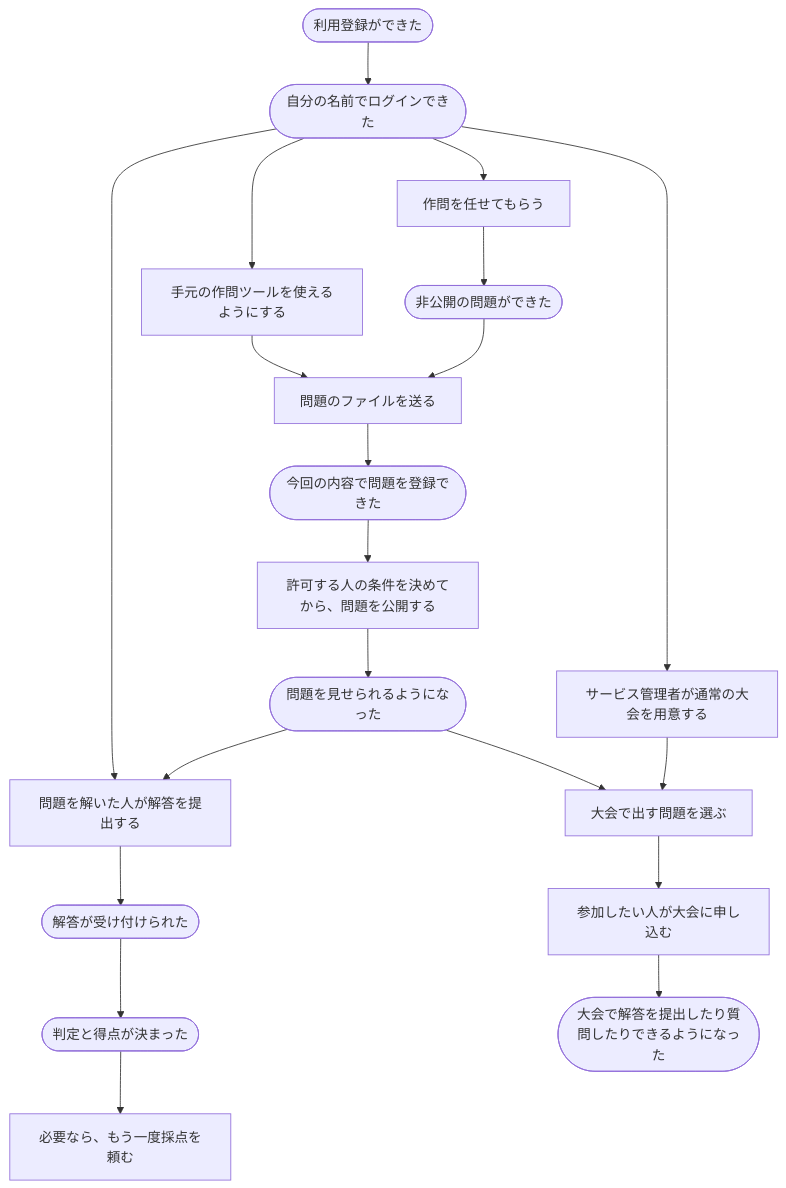
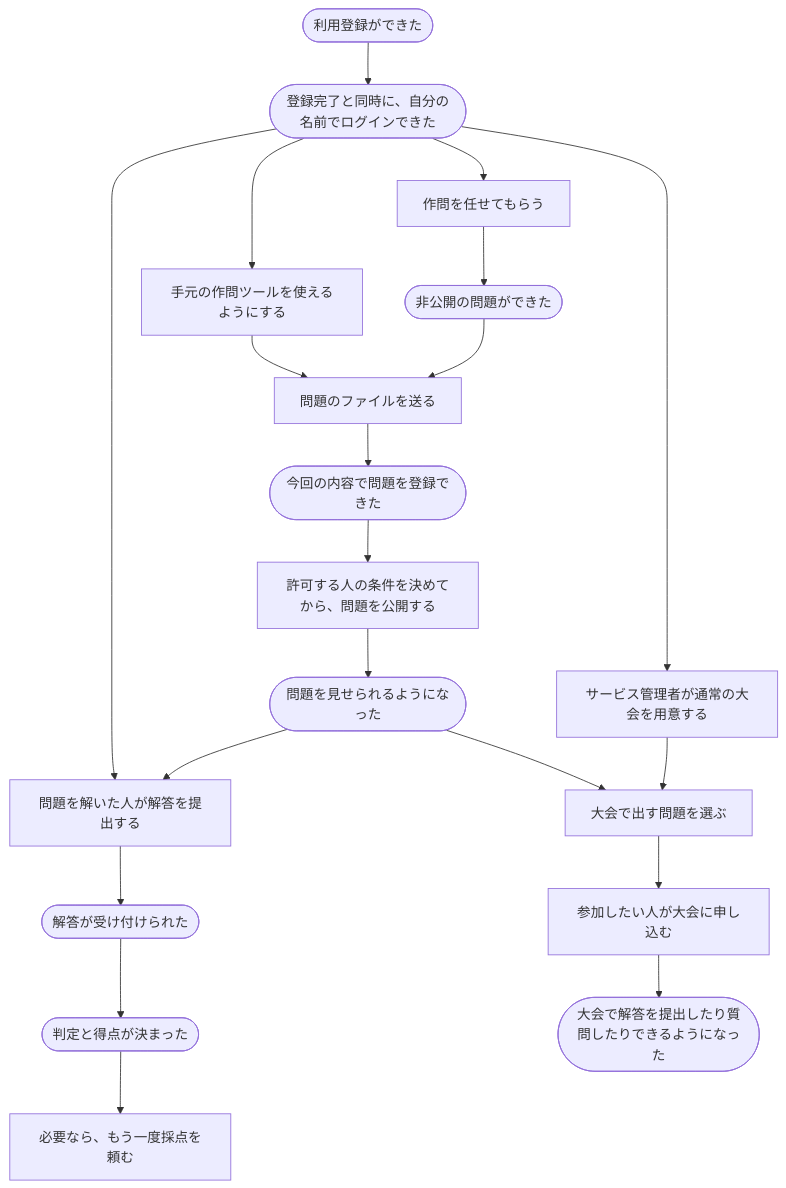
The diagram in docs/requirements/mutation-scenarios.md (traP-jp/traOJudge), drawn with Mermaid before and after one commit. The commit also changed other lines of this file and 36 other files, not shown here.

First line of the commit message:
feat(authentication): Update email change and registration flows

````diff
--- a/docs/requirements/mutation-scenarios.md
+++ b/docs/requirements/mutation-scenarios.md
@@ -13,22 +13,22 @@
 ```mermaid
 flowchart TD
-    A(["利用登録ができた"]) --> B(["自分の名前でログインできた"])
+    A(["利用登録ができた"]) --> B(["登録完了と同時に、自分の名前でログインできた"])
     B --> C["作問を任せてもらう"]
     C --> D(["非公開の問題ができた"])
     B --> T["手元の作問ツールを使えるようにする"]
     D --> E["問題のファイルを送る"]
     T --> E
     E --> F(["今回の内容で問題を登録できた"])
     F --> G["許可する人の条件を決めてから、問題を公開する"]
     G --> H(["問題を見せられるようになった"])
     H --> I["問題を解いた人が解答を提出する"]
     B --> I
     I --> J(["解答が受け付けられた"])
     J --> K(["判定と得点が決まった"])
     K --> L["必要なら、もう一度採点を頼む"]
     B --> M["サービス管理者が通常の大会を用意する"]
     M --> N["大会で出す問題を選ぶ"]
     H --> N
     N --> O["参加したい人が大会に申し込む"]
     O --> P(["大会で解答を提出したり質問したりできるようになった"])
 ```
````
